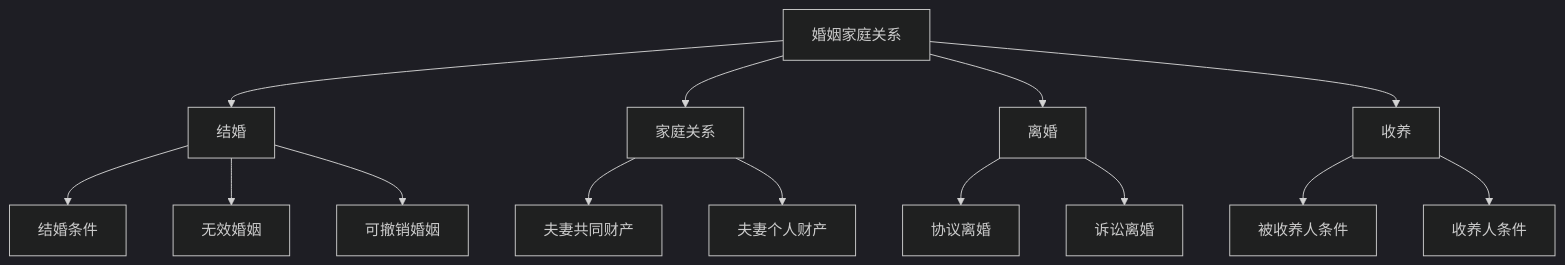
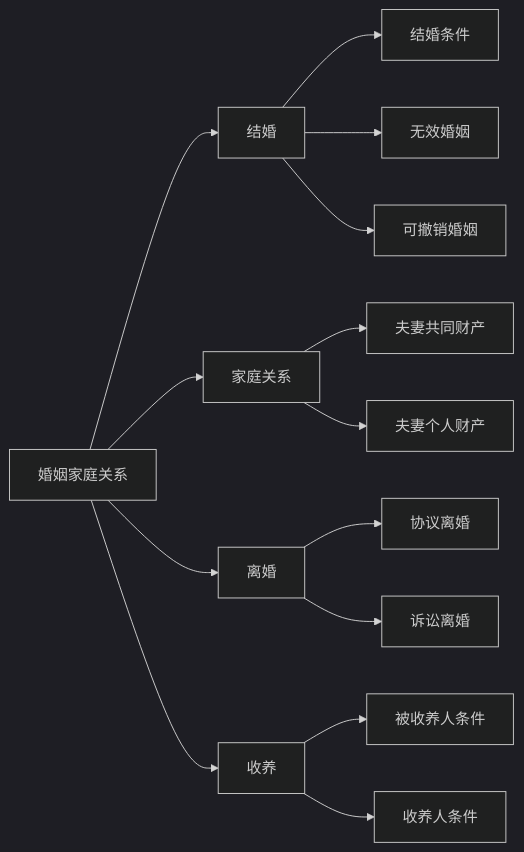
The first of 2 diagrams in emary/公基/法律/民法/6.婚姻家庭关系.md (emary3399/obsidian_note), drawn with Mermaid (dark theme) before and after one commit.

````diff
--- a/emary/公基/法律/民法/6.婚姻家庭关系.md
+++ b/emary/公基/法律/民法/6.婚姻家庭关系.md
@@ -3,16 +3,16 @@
 ```mermaid
-graph TD
+graph LR
     A[婚姻家庭关系] --> B[结婚]
     A --> C[家庭关系]
     A --> D[离婚]
     A --> E[收养]
     B --> B1[结婚条件]
     B --> B2[无效婚姻]
     B --> B3[可撤销婚姻]
     C --> C1[夫妻共同财产]
     C --> C2[夫妻个人财产]
     D --> D1[协议离婚]
     D --> D2[诉讼离婚]
     E --> E1[被收养人条件]
     E --> E2[收养人条件]
 ```
````
